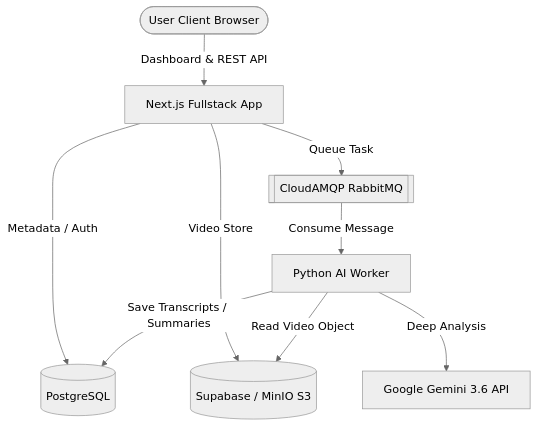
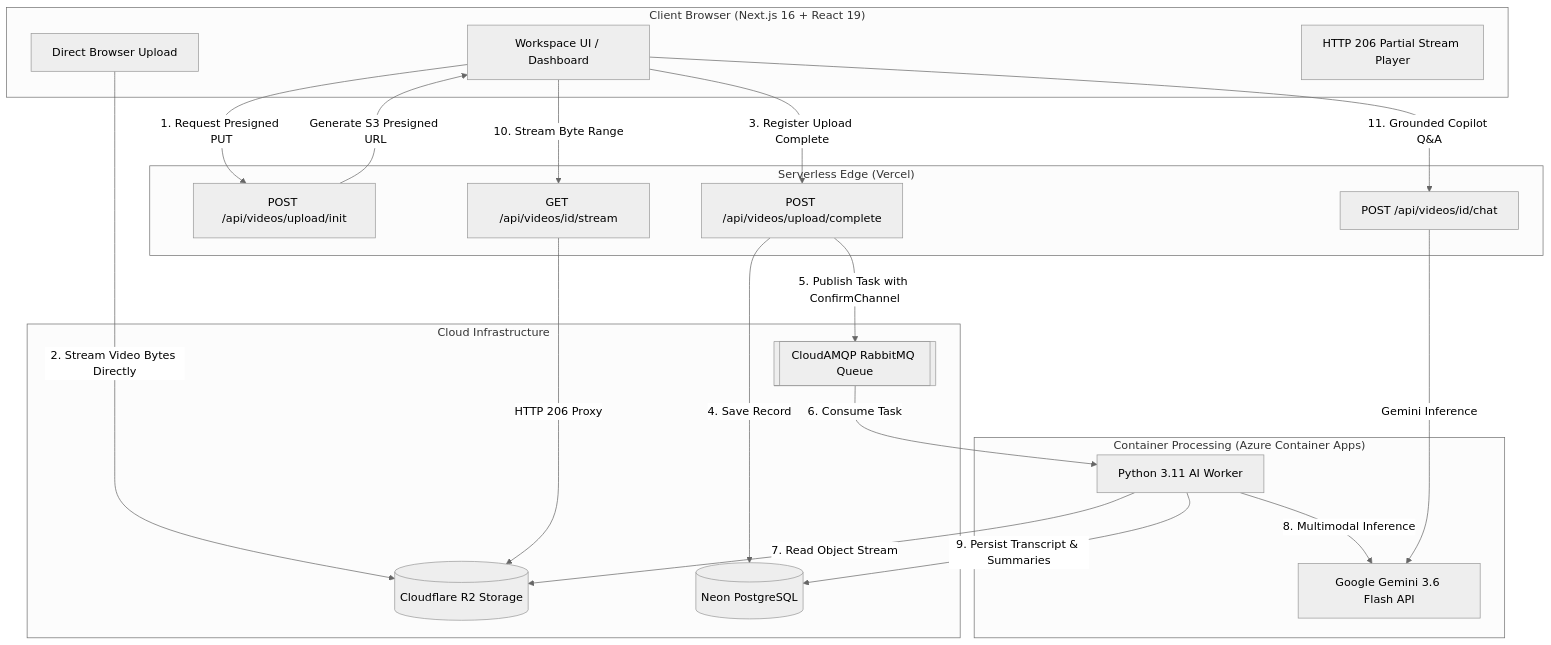
Before and after one commit to AbhirupBhowmick/VisiCore-AI: the diagram in README.md, drawn with Mermaid (neutral theme). The commit also changed other lines of this file, not shown here.

Commit message:
docs: add professional enterprise README with system architecture diagram

````diff
--- a/README.md
+++ b/README.md
@@ -30,11 +30,41 @@
 ```mermaid
-graph TD
-    User([User Client Browser]) -->|Dashboard & REST API| Fullstack[Next.js Fullstack App]
-    Fullstack -->|Metadata / Auth| DB[(PostgreSQL)]
-    Fullstack -->|Video Store| Storage[(Supabase / MinIO S3)]
-    Fullstack -->|Queue Task| MQ[[CloudAMQP RabbitMQ]]
-    MQ -->|Consume Message| Worker[Python AI Worker]
-    Worker -->|Read Video Object| Storage
-    Worker -->|Deep Analysis| Gemini[Google Gemini 3.6 API]
-    Worker -->|Save Transcripts / Summaries| DB
+flowchart TD
+    subgraph Client ["Client Browser (Next.js 16 + React 19)"]
+        UI[Workspace UI / Dashboard]
+        UploadComponent[Direct Browser Upload]
+        Player[HTTP 206 Partial Stream Player]
+    end
+
+    subgraph Edge ["Serverless Edge (Vercel)"]
+        InitAPI[POST /api/videos/upload/init]
+        CompleteAPI[POST /api/videos/upload/complete]
+        ChatAPI[POST /api/videos/id/chat]
+        StreamAPI[GET /api/videos/id/stream]
+    end
+
+    subgraph Storage ["Cloud Infrastructure"]
+        R2[(Cloudflare R2 Storage)]
+        NeonDB[(Neon PostgreSQL)]
+        CloudAMQP[[CloudAMQP RabbitMQ Queue]]
+    end
+
+    subgraph Worker ["Container Processing (Azure Container Apps)"]
+        PyWorker[Python 3.11 AI Worker]
+        Gemini[Google Gemini 3.6 Flash API]
+    end
+
+    UI -->|1. Request Presigned PUT| InitAPI
+    InitAPI -->|Generate S3 Presigned URL| UI
+    UploadComponent -->|2. Stream Video Bytes Directly| R2
+    UI -->|3. Register Upload Complete| CompleteAPI
+    CompleteAPI -->|4. Save Record| NeonDB
+    CompleteAPI -->|5. Publish Task with ConfirmChannel| CloudAMQP
+    CloudAMQP -->|6. Consume Task| PyWorker
+    PyWorker -->|7. Read Object Stream| R2
+    PyWorker -->|8. Multimodal Inference| Gemini
+    PyWorker -->|9. Persist Transcript & Summaries| NeonDB
+    UI -->|10. Stream Byte Range| StreamAPI
+    StreamAPI -->|HTTP 206 Proxy| R2
+    UI -->|11. Grounded Copilot Q&A| ChatAPI
+    ChatAPI -->|Gemini Inference| Gemini
 ```
````
